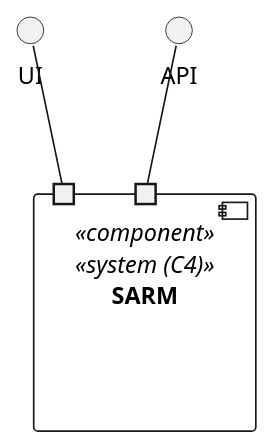
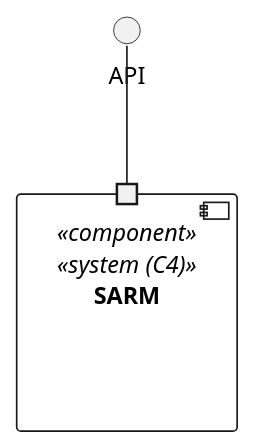
Before and after one commit to 1220846/sem5pi-24-25-3ddg20: the diagram in docs/views/level1/logic-view.puml, drawn with PlantUML. The commit also changed 3 other files, not shown here.

```diff
--- a/docs/views/level1/logic-view.puml
+++ b/docs/views/level1/logic-view.puml
@@ -1,16 +1,13 @@
-@startuml vista-logica
+@startuml logic-view
 top to bottom direction
 
-interface "UI" as UI
 interface "API" as API
 
 component "SARM" <<component>> <<system (C4)>> {
-    portin " " as PI1
-    portin " " as PI2
+    portin " " as PI
     
 }
 
-UI -- PI1
-API -- PI2
+API -- PI
 
 @enduml
```
